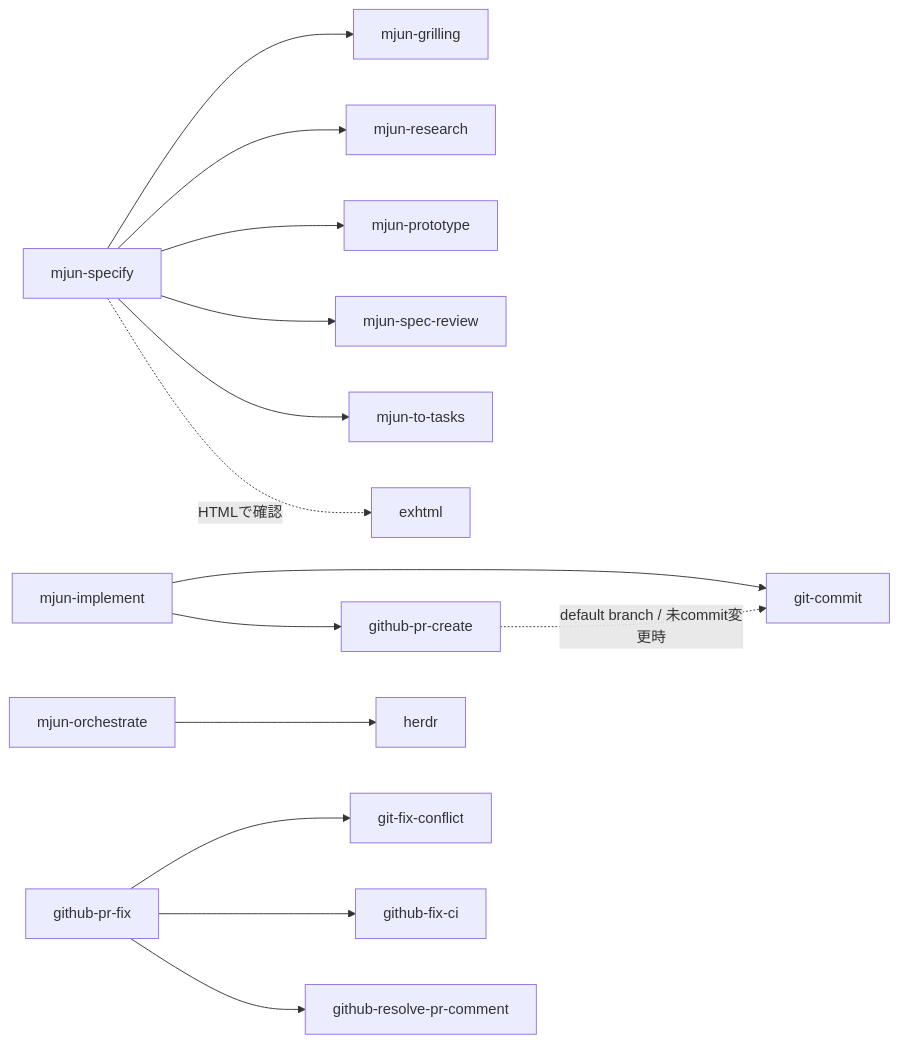
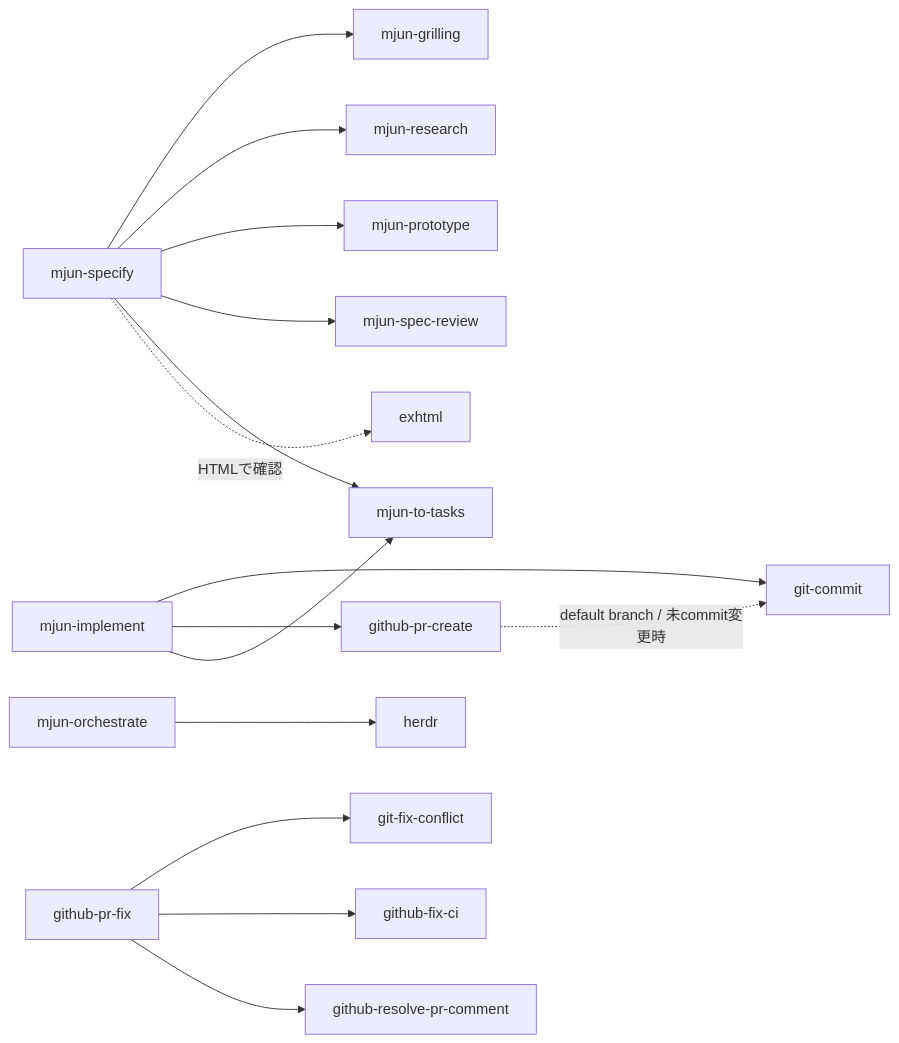
One commit to mjun0812/dotfiles changed the diagram in doc/skills_ja.md. Above: the diagram before and after it, drawn with Mermaid. The commit also changed other lines of this file and 7 other files, not shown here.

````diff
--- a/doc/skills_ja.md
+++ b/doc/skills_ja.md
@@ -135,20 +135,21 @@
 ```mermaid
 graph LR
     github-pr-create -. default branch / 未commit変更時 .-> git-commit
 
     mjun-specify --> mjun-grilling
     mjun-specify --> mjun-research
     mjun-specify --> mjun-prototype
     mjun-specify --> mjun-spec-review
     mjun-specify --> mjun-to-tasks
     mjun-specify -. HTMLで確認 .-> exhtml
 
     mjun-implement --> git-commit
     mjun-implement --> github-pr-create
+    mjun-implement --> mjun-to-tasks
 
     mjun-orchestrate --> herdr
 
     github-pr-fix --> git-fix-conflict
     github-pr-fix --> github-fix-ci
     github-pr-fix --> github-resolve-pr-comment
 ```
````
